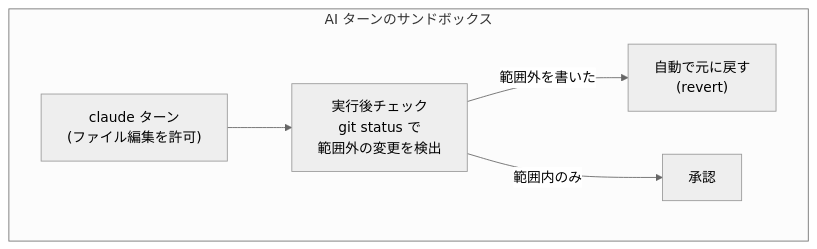
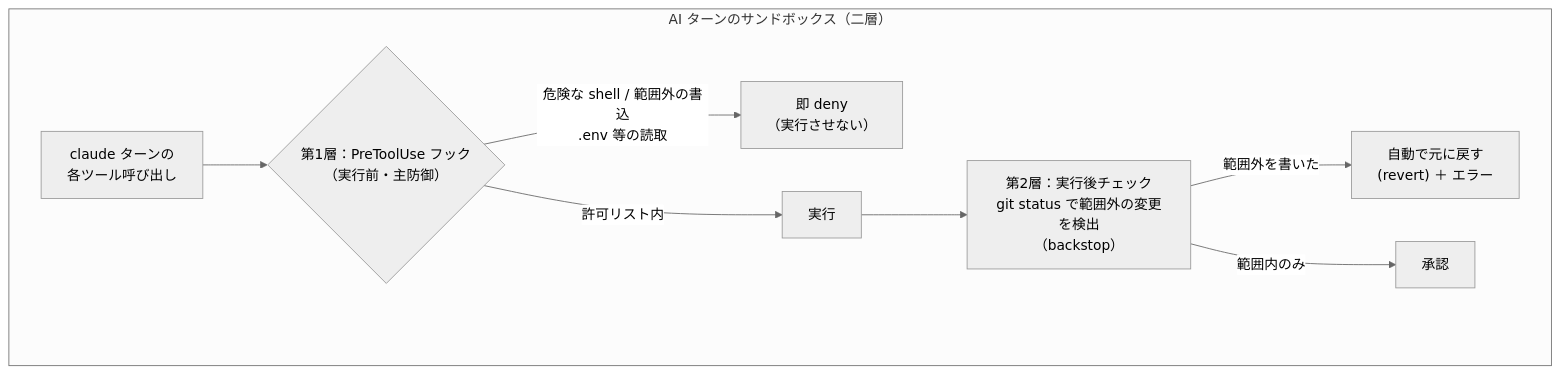
Before and after one commit to QuyenTrungvitalify/dify-projects: the sixth of 6 diagrams in docs/project-overview-ja.md, drawn with Mermaid (neutral theme). The commit also changed other lines of this file and 65 other files, not shown here.

````diff
--- a/docs/project-overview-ja.md
+++ b/docs/project-overview-ja.md
@@ -123,10 +135,13 @@
 ```mermaid
 flowchart TD
-  subgraph SB["AI ターンのサンドボックス"]
-    T["claude ターン<br/>(ファイル編集を許可)"]
-    PC["実行後チェック<br/>git status で<br/>範囲外の変更を検出"]
-    T --> PC
-    PC -->|"範囲外を書いた"| RV["自動で元に戻す<br/>(revert)"]
+  subgraph SB["AI ターンのサンドボックス（二層）"]
+    T["claude ターンの<br/>各ツール呼び出し"]
+    HK{"第1層：PreToolUse フック<br/>（実行前・主防御）"}
+    T --> HK
+    HK -->|"危険な shell / 範囲外の書込<br/>.env 等の読取"| DENY["即 deny<br/>（実行させない）"]
+    HK -->|"許可リスト内"| RUN["実行"]
+    RUN --> PC["第2層：実行後チェック<br/>git status で範囲外の変更を検出<br/>（backstop）"]
+    PC -->|"範囲外を書いた"| RV["自動で元に戻す<br/>(revert) ＋ エラー"]
     PC -->|"範囲内のみ"| OK["承認"]
   end
 ```
````
